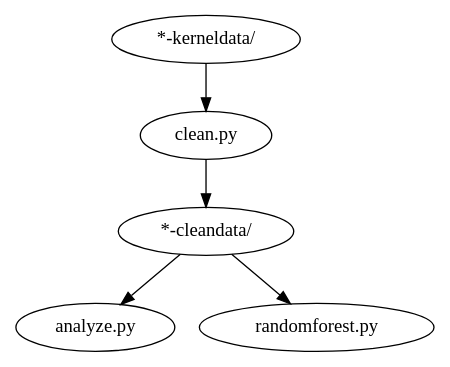
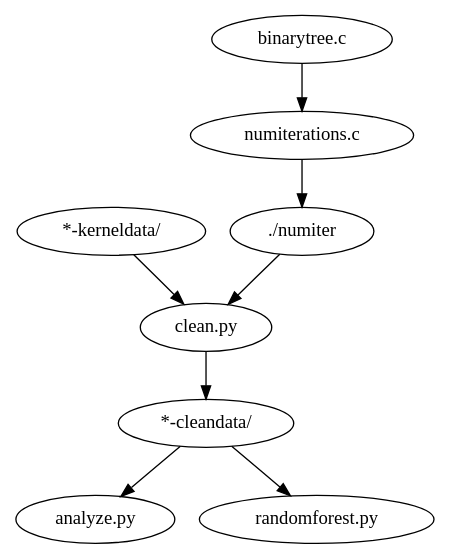
Before and after one commit to russellmatt66/GPU-samples: the diagram in BinarySearch/machine-learning/project.gv, drawn with Graphviz. The commit also changed 7 other files, not shown here.

Commit message:
Integrated numiter into clean.py, but... PARTICLES WERE ACTUALLY RANDOMLY DISTRIBUTED (UNIFORMLY)

```diff
--- a/BinarySearch/machine-learning/project.gv
+++ b/BinarySearch/machine-learning/project.gv
@@ -1,6 +1,9 @@
 digraph RandomForest {
     "*-kerneldata/" -> "clean.py";
+    "binarytree.c" -> "numiterations.c";
+    "numiterations.c" -> "./numiter";
+    "./numiter" -> "clean.py";
     "clean.py" -> "*-cleandata/";
     "*-cleandata/" -> "analyze.py";
     "*-cleandata/" -> "randomforest.py"
 }
```
